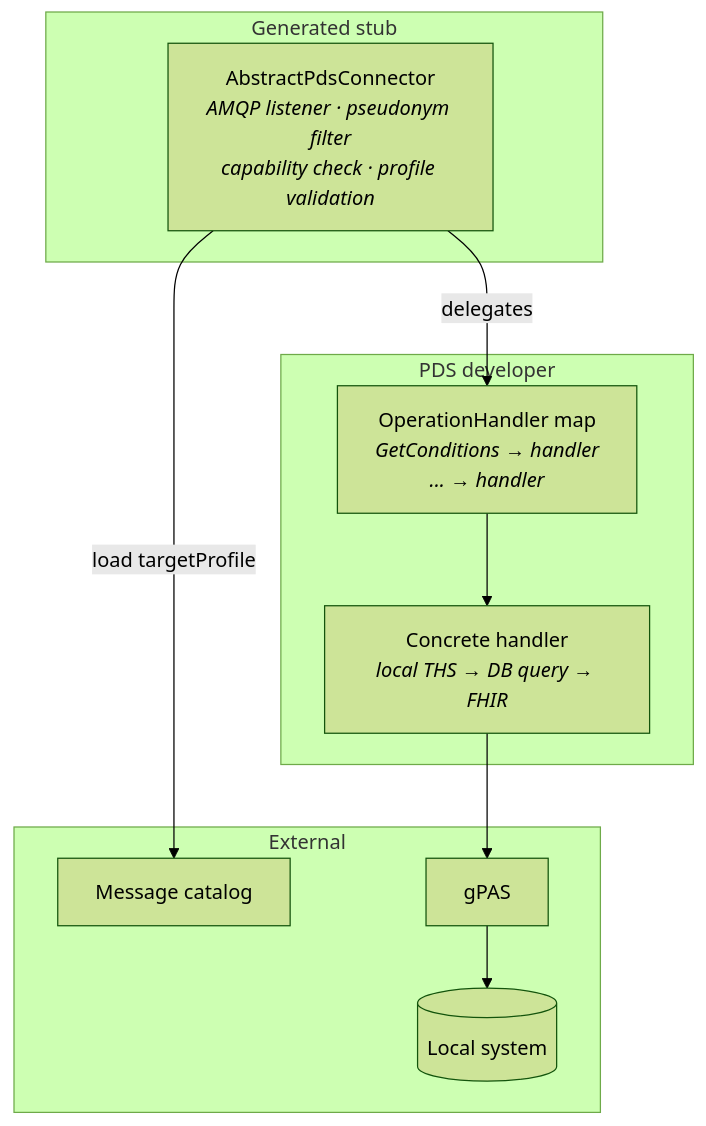
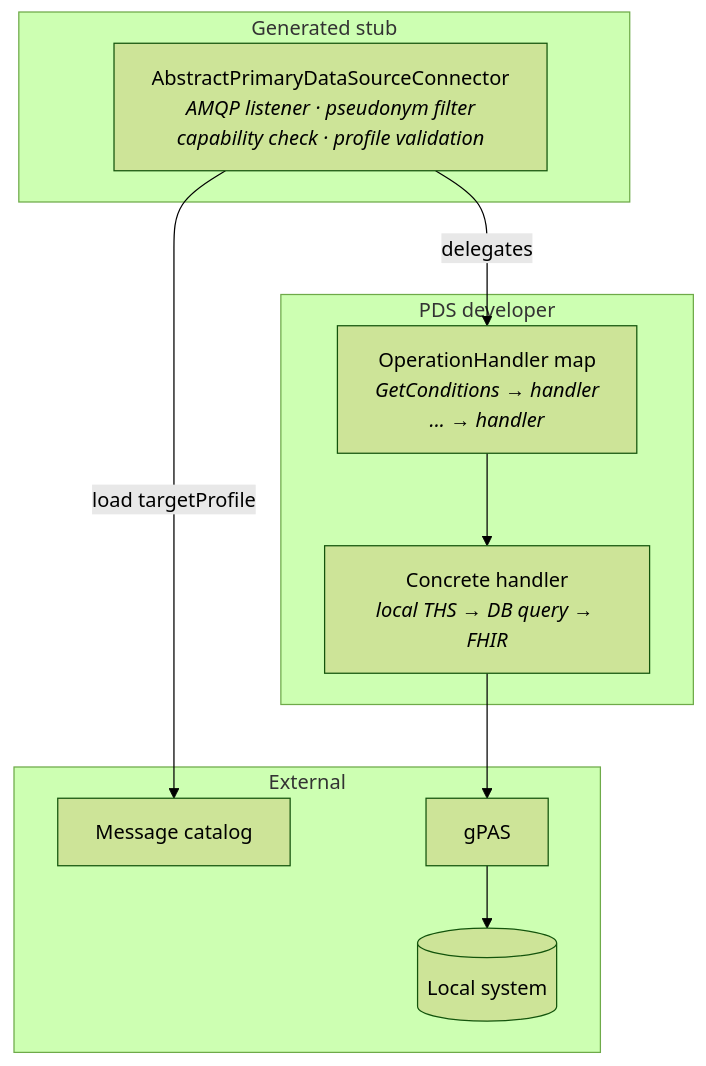
The fifth of 9 diagrams in docs/ARCHITECTURE.md (forschungsgruppe-digital-health/pds-query-broker), drawn with Mermaid (forest theme) before and after one commit. The commit also changed other lines of this file and 17 other files, not shown here.

First line of the commit message:
refactor: expand PDS/THS abbreviations in source identifiers and docs (#12)

````diff
--- a/docs/ARCHITECTURE.md
+++ b/docs/ARCHITECTURE.md
@@ -214,19 +214,19 @@
 ```mermaid
 graph TB
     subgraph "Generated stub"
-        ABS["AbstractPdsConnector<br/><i>AMQP listener · pseudonym filter<br/>capability check · profile validation</i>"]
+        ABS["AbstractPrimaryDataSourceConnector<br/><i>AMQP listener · pseudonym filter<br/>capability check · profile validation</i>"]
     end
     subgraph "PDS developer"
         MAP["OperationHandler map<br/><i>GetConditions → handler<br/>... → handler</i>"]
         H["Concrete handler<br/><i>local THS → DB query → FHIR</i>"]
     end
     subgraph "External"
         CAT["Message catalog"]
         LTHS["gPAS"]
         SRC[("Local system")]
     end
 
     ABS -->|"delegates"| MAP --> H
     H --> LTHS --> SRC
     ABS -->|"load targetProfile"| CAT
 ```
````
